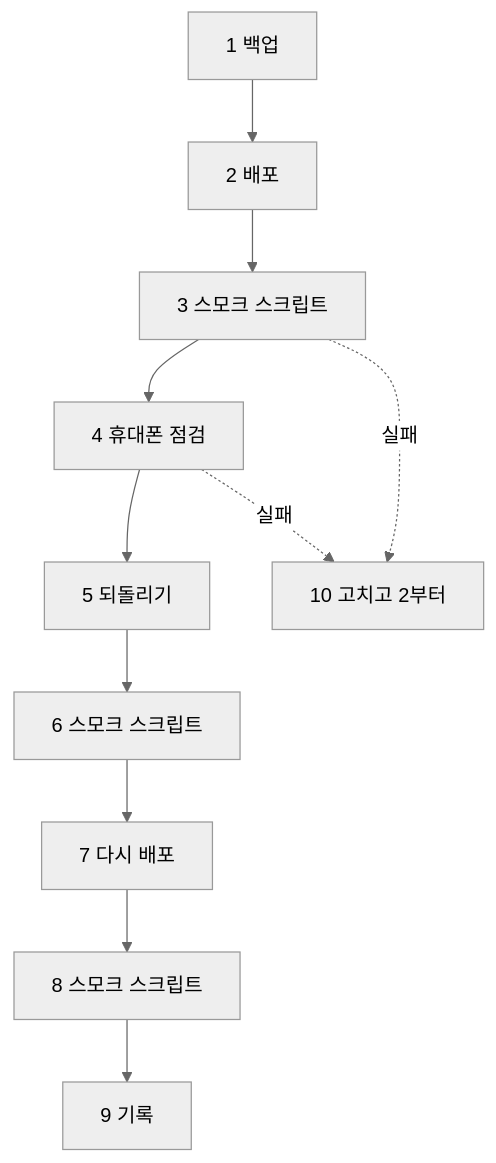
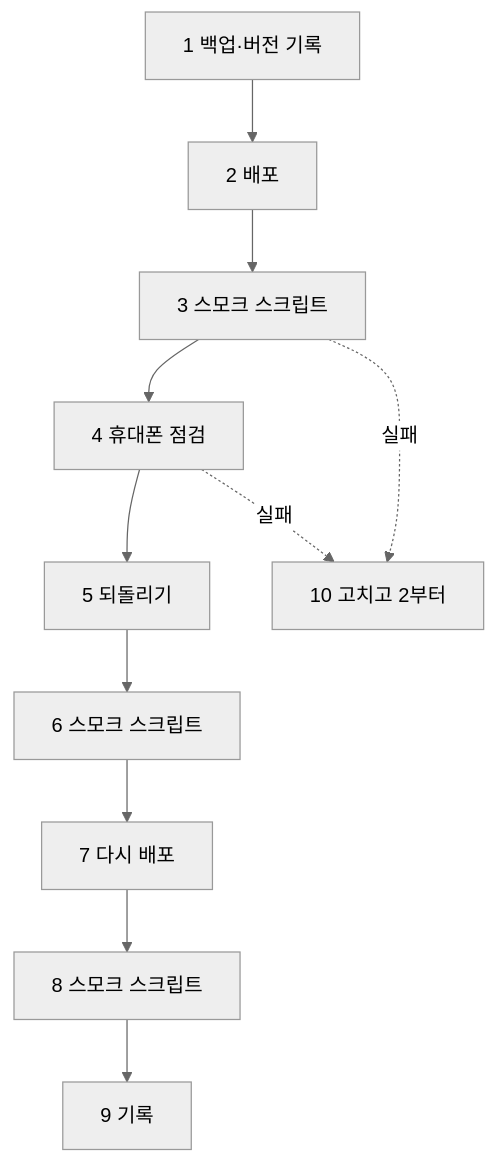
Before and after one commit to kyungsikjeung/agt001: the second of 2 diagrams in docs/product/REHEARSAL_1015.md, drawn with Mermaid (neutral theme). The commit also changed other lines of this file and 5 other files, not shown here.

````diff
--- a/docs/product/REHEARSAL_1015.md
+++ b/docs/product/REHEARSAL_1015.md
@@ -40,13 +70,13 @@
 ```mermaid
 flowchart TD
-    A["1 백업"] --> B["2 배포"]
+    A["1 백업·버전 기록"] --> B["2 배포"]
     B --> C["3 스모크 스크립트"]
     C --> D["4 휴대폰 점검"]
     D --> E["5 되돌리기"]
     E --> F["6 스모크 스크립트"]
     F --> G["7 다시 배포"]
     G --> H["8 스모크 스크립트"]
     H --> I["9 기록"]
     C -.실패.-> X["10 고치고 2부터"]
     D -.실패.-> X
 ```
````
